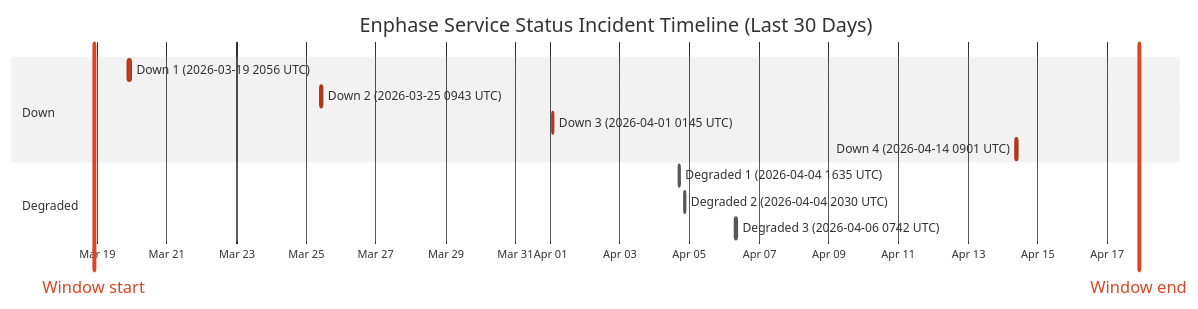
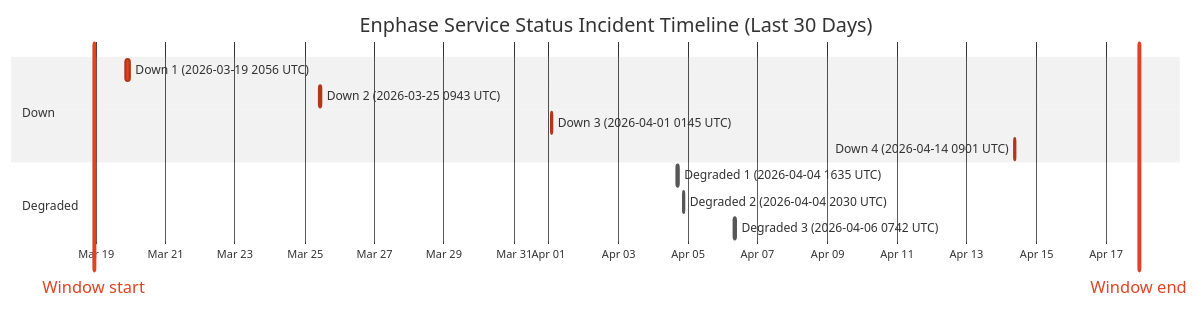
One commit to barneyonline/ha-enphase-ev-charger changed the diagram in wiki/Service-Status-History.md. Above: the diagram before and after it, drawn with Mermaid (neutral theme). The commit also changed other lines of this file and 3 other files, not shown here.

````diff
--- a/wiki/Service-Status-History.md
+++ b/wiki/Service-Status-History.md
@@ -14,17 +14,17 @@
 ```mermaid
 gantt
     title Enphase Service Status Incident Timeline (Last 30 Days)
     dateFormat  YYYY-MM-DDTHH:mm:ss
     axisFormat  %b %d
-    Window start :vert, window-start, 2026-03-18T21:40:16, 0ms
-    Window end :vert, window-end, 2026-04-17T21:40:16, 0ms
+    Window start :vert, window-start, 2026-03-18T22:38:01, 0ms
+    Window end :vert, window-end, 2026-04-17T22:38:01, 0ms
     section Down
     Down 1 (2026-03-19 2056 UTC) :crit, down-1, 2026-03-19T20:56:20, 145m
     Down 2 (2026-03-25 0943 UTC) :crit, down-2, 2026-03-25T09:43:28, 111m
     Down 3 (2026-04-01 0145 UTC) :crit, down-3, 2026-04-01T01:45:09, 60m
     Down 4 (2026-04-14 0901 UTC) :crit, down-4, 2026-04-14T09:01:13, 60m
     section Degraded
     Degraded 1 (2026-04-04 1635 UTC) :active, degraded-1, 2026-04-04T16:35:17, 60m
     Degraded 2 (2026-04-04 2030 UTC) :active, degraded-2, 2026-04-04T20:30:40, 60m
     Degraded 3 (2026-04-06 0742 UTC) :active, degraded-3, 2026-04-06T07:42:09, 85m
 ```
````
